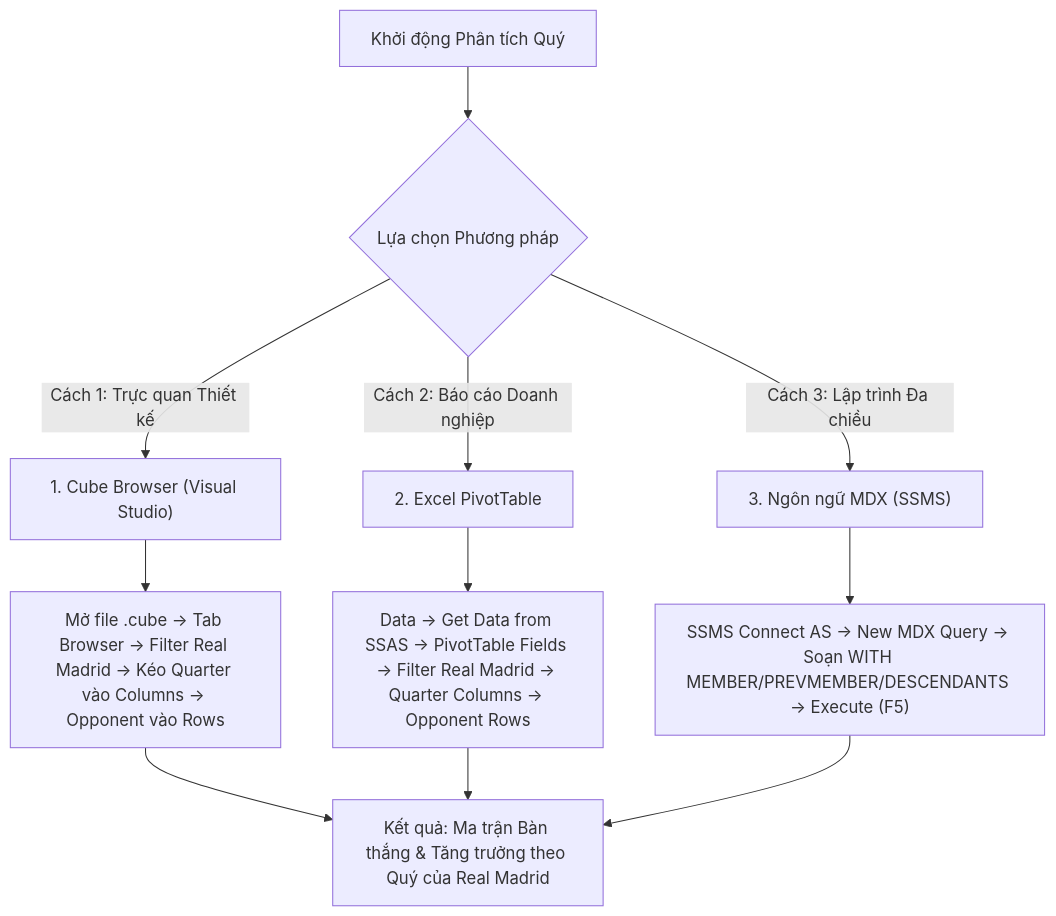
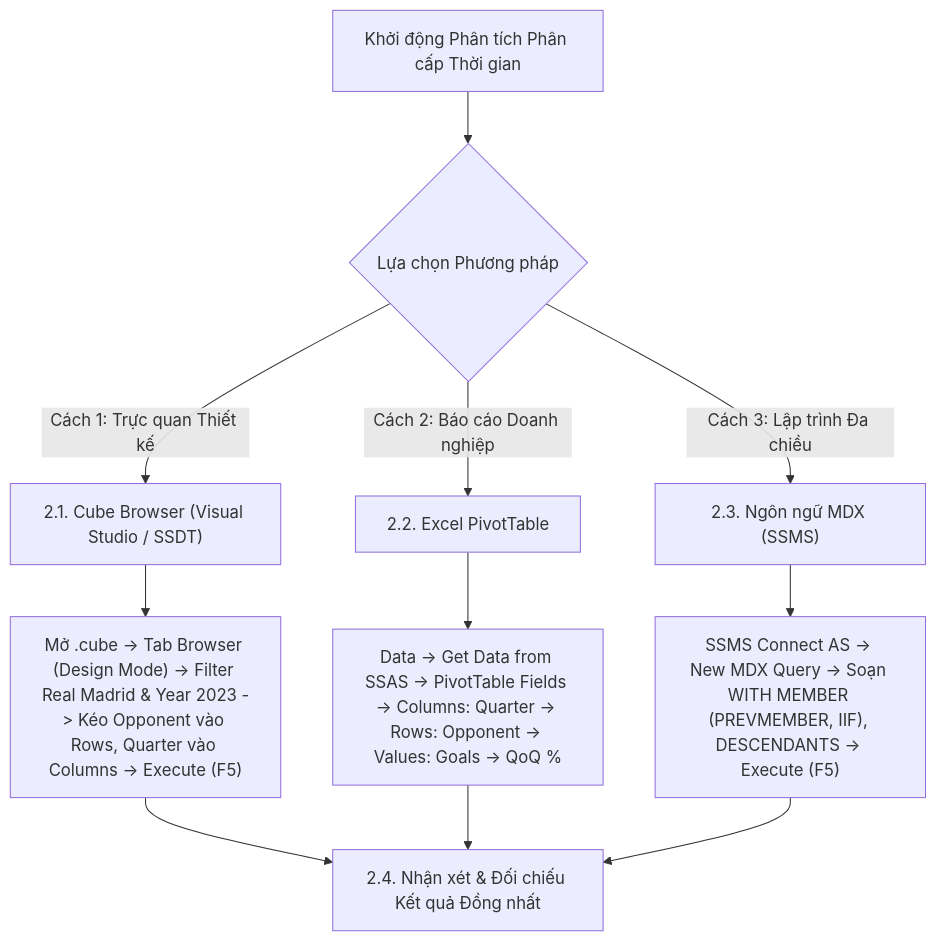
One commit to snowflake-vibing/Kho_du_lieu_OLAP changed the diagram in mdx/query_10.md. Above: the diagram before and after it, drawn with Mermaid. The commit also changed other lines of this file and 9 other files, not shown here.

Commit message:
docs(mdx): dong bo quy trinh 3 phuong phap va bang doi chieu cho query 06 den 15

````diff
--- a/mdx/query_10.md
+++ b/mdx/query_10.md
@@ -39,16 +52,16 @@
 ```mermaid
 flowchart TD
-    Start["Khởi động Phân tích Quý"] --> Choice{"Lựa chọn Phương pháp"}
+    Start["Khởi động Phân tích Phân cấp Thời gian"] --> Choice{"Lựa chọn Phương pháp"}
 
-    Choice -->|"Cách 1: Trực quan Thiết kế"| CB["1. Cube Browser (Visual Studio)"]
-    Choice -->|"Cách 2: Báo cáo Doanh nghiệp"| Excel["2. Excel PivotTable"]
-    Choice -->|"Cách 3: Lập trình Đa chiều"| MDX["3. Ngôn ngữ MDX (SSMS)"]
+    Choice -->|"Cách 1: Trực quan Thiết kế"| CB["2.1. Cube Browser (Visual Studio / SSDT)"]
+    Choice -->|"Cách 2: Báo cáo Doanh nghiệp"| Excel["2.2. Excel PivotTable"]
+    Choice -->|"Cách 3: Lập trình Đa chiều"| MDX["2.3. Ngôn ngữ MDX (SSMS)"]
 
-    CB --> CB_Step["Mở file .cube -> Tab Browser -> Filter Real Madrid -> Kéo Quarter vào Columns -> Opponent vào Rows"]
-    Excel --> Excel_Step["Data -> Get Data from SSAS -> PivotTable Fields -> Filter Real Madrid -> Quarter Columns -> Opponent Rows"]
-    MDX --> MDX_Step["SSMS Connect AS -> New MDX Query -> Soạn WITH MEMBER/PREVMEMBER/DESCENDANTS -> Execute (F5)"]
+    CB --> CB_Step["Mở .cube -> Tab Browser (Design Mode) -> Filter Real Madrid & Year 2023 -> Kéo Opponent vào Rows, Quarter vào Columns -> Execute (F5)"]
+    Excel --> Excel_Step["Data -> Get Data from SSAS -> PivotTable Fields -> Columns: Quarter -> Rows: Opponent -> Values: Goals -> QoQ %"]
+    MDX --> MDX_Step["SSMS Connect AS -> New MDX Query -> Soạn WITH MEMBER (PREVMEMBER, IIF), DESCENDANTS -> Execute (F5)"]
 
-    CB_Step --> Finish["Kết quả: Ma trận Bàn thắng & Tăng trưởng theo Quý của Real Madrid"]
+    CB_Step --> Finish["2.4. Nhận xét & Đối chiếu Kết quả Đồng nhất"]
     Excel_Step --> Finish
     MDX_Step --> Finish
 ```
````
